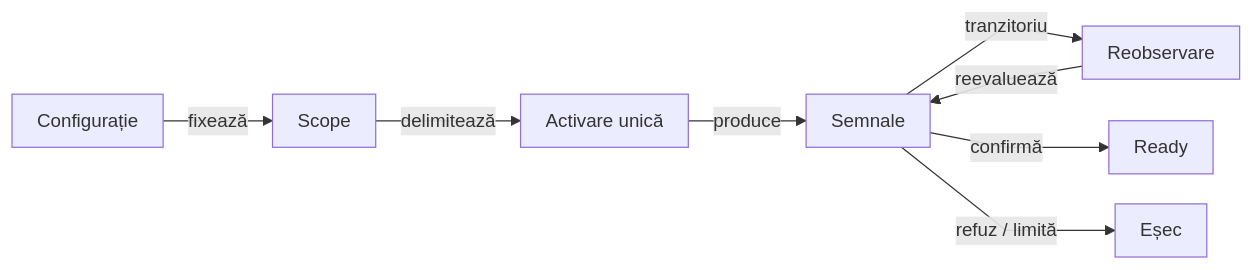
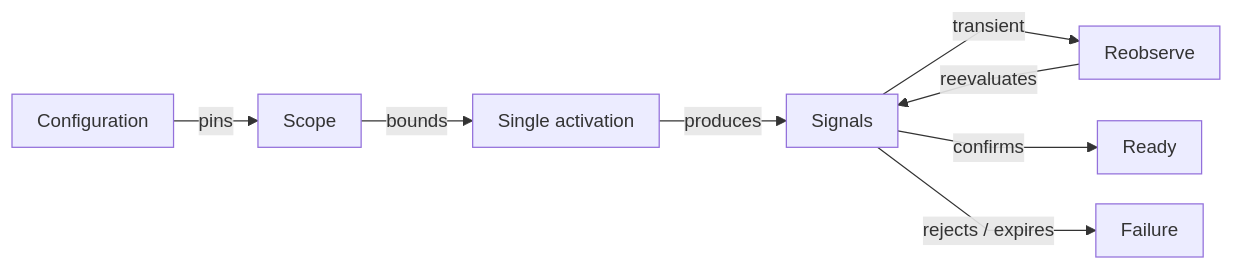
The sixth of 9 diagrams in atf-ui/README.md (crististefanita/atf_j0), drawn with Mermaid before and after one commit. The commit also changed other lines of this file and 113 other files, not shown here.

````diff
--- a/atf-ui/README.md
+++ b/atf-ui/README.md
@@ -591,11 +627,11 @@
 ```mermaid
 %%{init: {"themeVariables":{"fontSize":"15px"},"themeCSS":".nodeLabel, .nodeLabel p { font-size: 15px !important; line-height: 1.35 !important; } .edgeLabel, .edgeLabel p { font-size: 12px !important; font-weight: 400 !important; line-height: 1.2 !important; } .edgeLabel .labelBkg, .edgeLabel p { background: transparent !important; } .edgeLabel foreignObject { transform: translateY(-28px); overflow: visible; } .node rect { rx: 6px; ry: 6px; } .edgeLabel [data-id=\"L_Observe_Gate_0\"] foreignObject { transform: translate(0px, 38px); } .edgeLabel [data-id=\"L_Gate_Stop_0\"] foreignObject { transform: translate(0px, -38px); }","flowchart":{"curve":"linear","nodeSpacing":24,"rankSpacing":40,"padding":10,"diagramPadding":24}}}%%
 flowchart LR
-    Config["Configurație"] -->|fixează| Scope["Scope"]
-    Scope -->|delimitează| Action["Activare unică"]
-    Action -->|produce| Gate["Semnale"]
-    Gate -->|tranzitoriu| Observe["Reobservare"]
-    Observe -->|reevaluează| Gate
-    Gate -->|confirmă| Ready["Ready"]
-    Gate -->|refuz / limită| Stop["Eșec"]
+    Config["Configuration"] -->|pins| Scope["Scope"]
+    Scope -->|bounds| Action["Single activation"]
+    Action -->|produces| Gate["Signals"]
+    Gate -->|transient| Observe["Reobserve"]
+    Observe -->|reevaluates| Gate
+    Gate -->|confirms| Ready["Ready"]
+    Gate -->|rejects / expires| Stop["Failure"]
 ```
````
